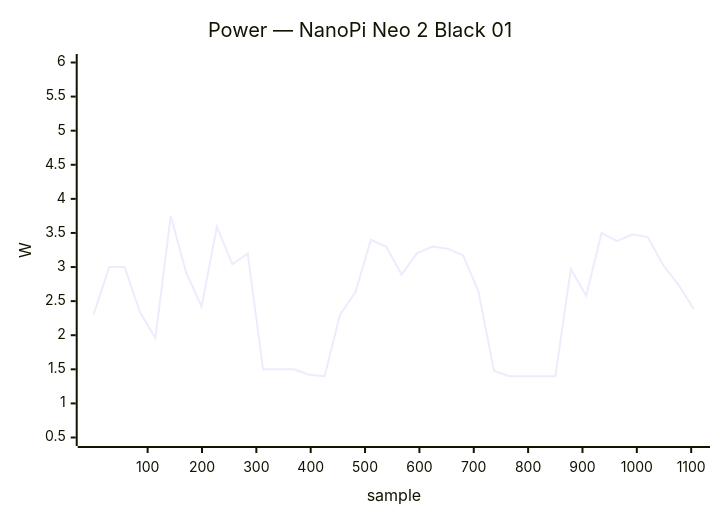
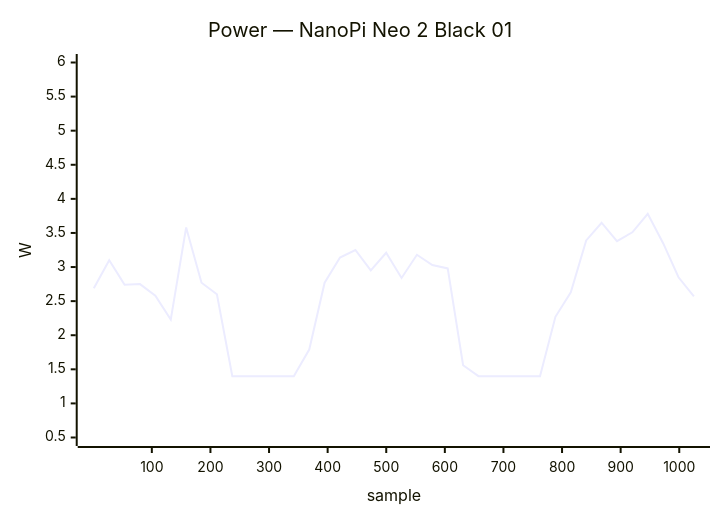
Diagram 19 of 34 in docs/status/board-tests.md (armbian/documentation), drawn with Mermaid before and after one commit. The commit also changed other lines of this file, not shown here.

````diff
--- a/docs/status/board-tests.md
+++ b/docs/status/board-tests.md
@@ -961,7 +1013,7 @@
 ```mermaid
 xychart-beta
     title "Power — NanoPi Neo 2 Black 01"
-    x-axis "sample" 1 --> 1105
+    x-axis "sample" 1 --> 1025
     y-axis "W" 0.5 --> 6.0
-    line [2.31, 3.00, 3.00, 2.34, 1.96, 3.75, 2.92, 2.42, 3.59, 3.04, 3.20, 1.50, 1.50, 1.50, 1.42, 1.40, 2.30, 2.63, 3.40, 3.30, 2.89, 3.20, 3.30, 3.27, 3.17, 2.64, 1.48, 1.40, 1.40, 1.40, 1.40, 2.97, 2.58, 3.50, 3.38, 3.48, 3.44, 3.03, 2.74, 2.38]
+    line [2.69, 3.10, 2.74, 2.75, 2.58, 2.23, 3.58, 2.77, 2.60, 1.40, 1.40, 1.40, 1.40, 1.40, 1.79, 2.77, 3.14, 3.25, 2.95, 3.21, 2.84, 3.18, 3.03, 2.98, 1.56, 1.40, 1.40, 1.40, 1.40, 1.40, 2.27, 2.63, 3.39, 3.65, 3.38, 3.51, 3.78, 3.35, 2.85, 2.57]
 ```
````
